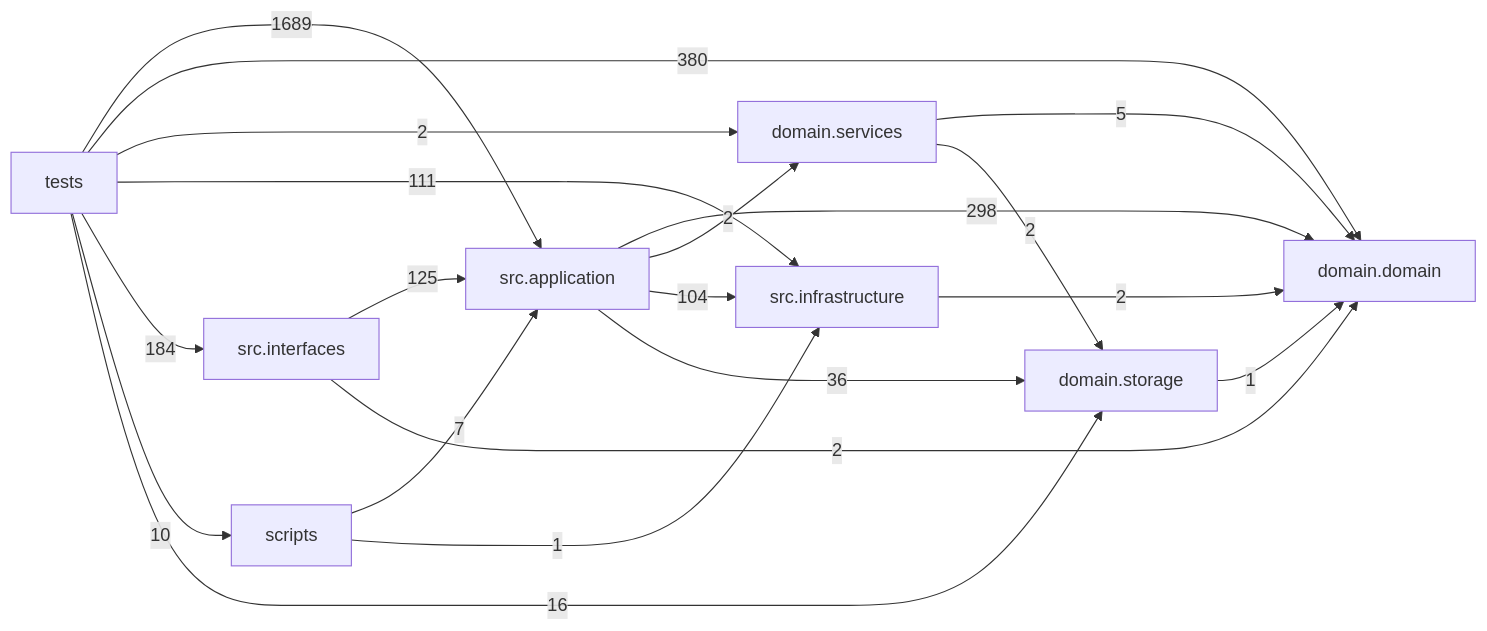
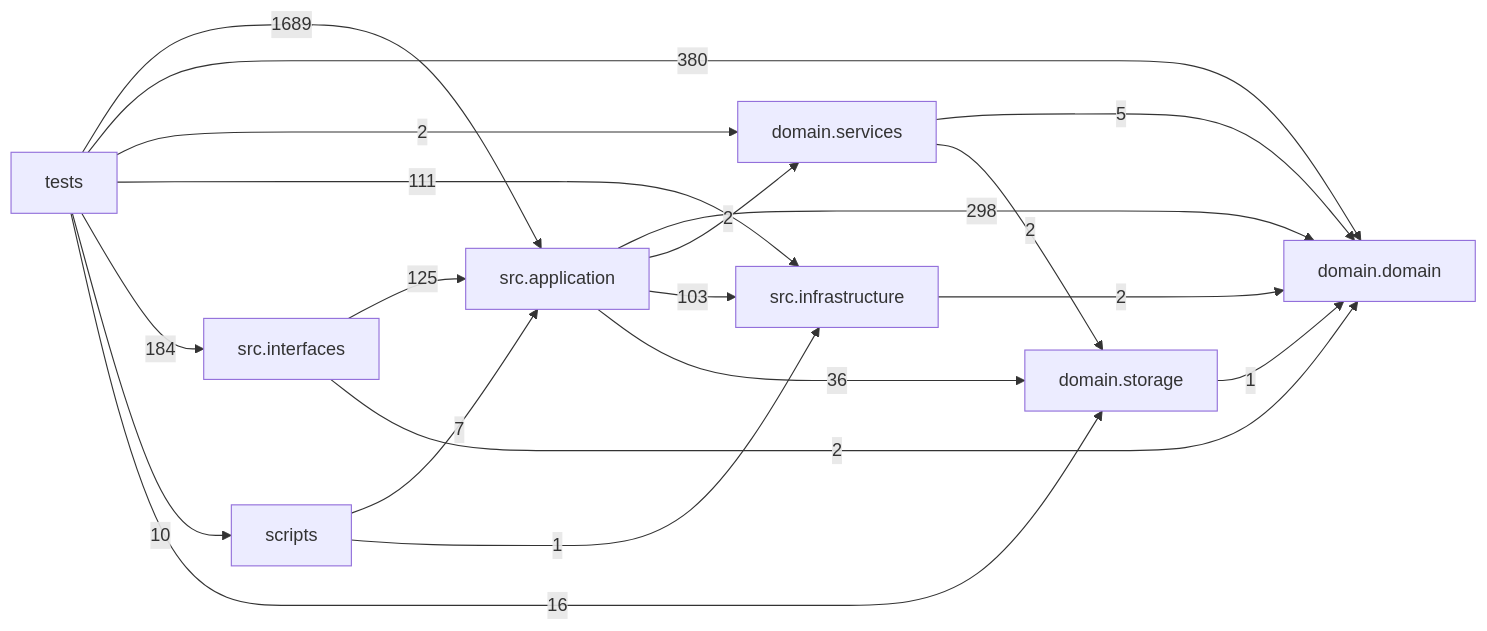
The diagram in docs/DEPENDENCY_GRAPH.md (liuxie066/options-monitor), drawn with Mermaid before and after one commit. The commit also changed other lines of this file and 3 other files, not shown here.

````diff
--- a/docs/DEPENDENCY_GRAPH.md
+++ b/docs/DEPENDENCY_GRAPH.md
@@ -24,30 +24,30 @@
 ```mermaid
 flowchart LR
   tests["tests"]
   scripts["scripts"]
   interfaces["src.interfaces"]
   application["src.application"]
   infrastructure["src.infrastructure"]
   domain_services["domain.services"]
   domain["domain.domain"]
   storage["domain.storage"]
   application -->|298| domain
   application -->|2| domain_services
-  application -->|104| infrastructure
+  application -->|103| infrastructure
   application -->|36| storage
   domain_services -->|5| domain
   domain_services -->|2| storage
   infrastructure -->|2| domain
   interfaces -->|125| application
   interfaces -->|2| domain
   scripts -->|7| application
   scripts -->|1| infrastructure
   storage -->|1| domain
   tests -->|1689| application
   tests -->|380| domain
   tests -->|2| domain_services
   tests -->|111| infrastructure
   tests -->|184| interfaces
   tests -->|10| scripts
   tests -->|16| storage
 ```
````
